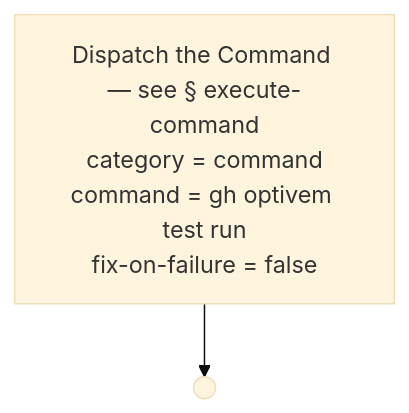
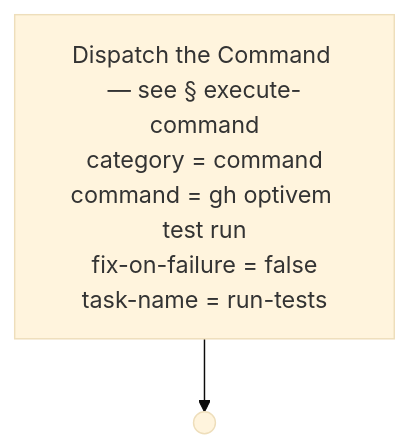
Before and after one commit to optivem/gh-optivem: diagram 41 of 51 in docs/process-diagram.md, drawn with Mermaid (base theme). The commit also changed other lines of this file and 6 other files, not shown here.

Commit message:
atdd: regenerate process-flow diagram

````diff
--- a/docs/process-diagram.md
+++ b/docs/process-diagram.md
@@ -731,7 +731,7 @@
 ```mermaid
 flowchart TD
-    EXECUTE_COMMAND["Dispatch the Command — see § execute-command<br/>category = command<br/>command = gh optivem test run<br/>fix-on-failure = false"]
+    EXECUTE_COMMAND["Dispatch the Command — see § execute-command<br/>category = command<br/>command = gh optivem test run<br/>fix-on-failure = false<br/>task-name = run-tests"]
     RUN_TESTS_END(( ))
 
     EXECUTE_COMMAND --> RUN_TESTS_END
 ```
````
